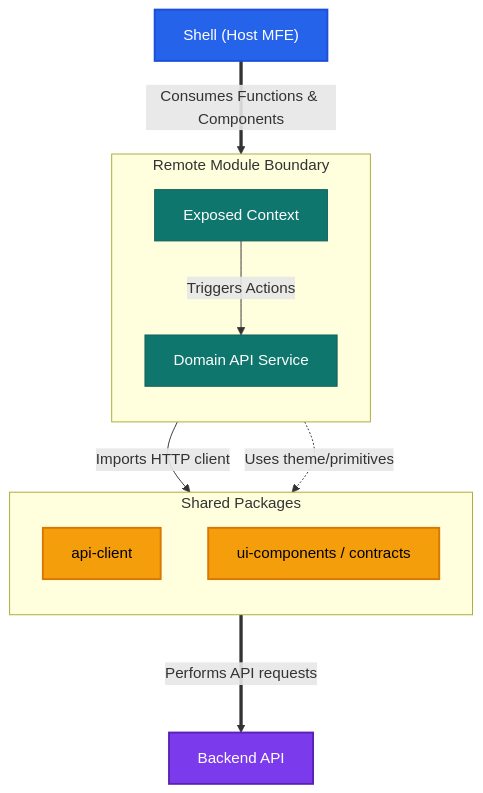
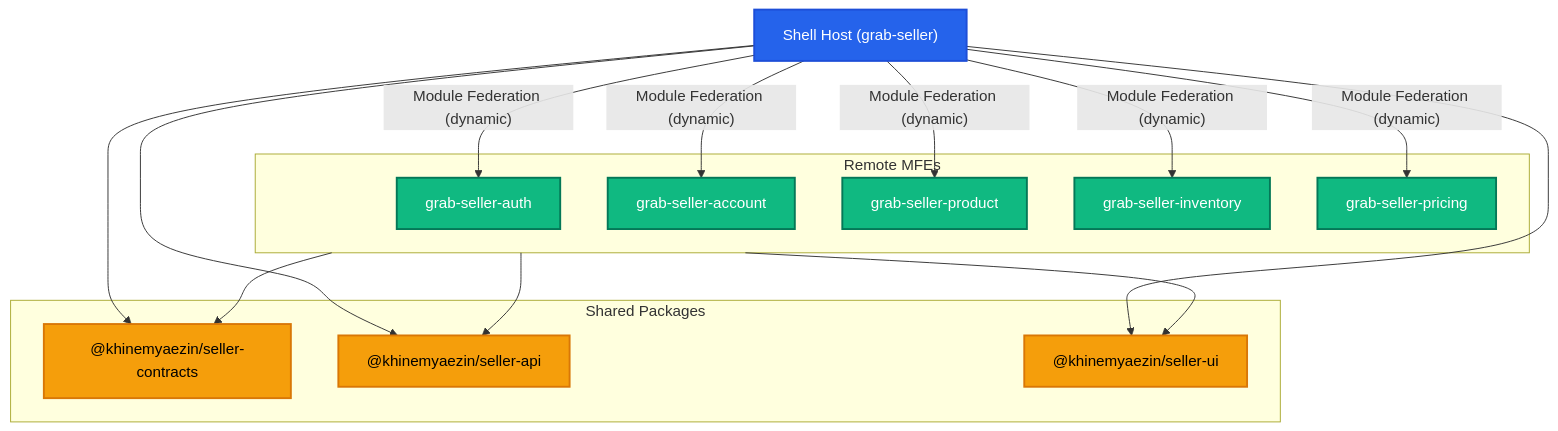
Before and after one commit to khinemyaezin/grab-web: the diagram in docs/Current_System_Architecture.md, drawn with Mermaid. The commit also changed other lines of this file and 115 other files, not shown here.

Commit message:
refactor: restructure micro-frontend workspace with enhanced event streaming and onboarding flows

````diff
--- a/docs/Current_System_Architecture.md
+++ b/docs/Current_System_Architecture.md
@@ -46,31 +36,36 @@
 ```mermaid
-flowchart TB
+flowchart TD
     classDef shell fill:#2563eb,color:#fff,stroke:#1d4ed8,stroke-width:2px;
-    classDef remote fill:#10b981,color:#fff,stroke:#047857,stroke-width:2px,stroke-dasharray: 4;
+    classDef remote fill:#10b981,color:#fff,stroke:#047857,stroke-width:2px;
     classDef shared fill:#f59e0b,color:#000,stroke:#d97706,stroke-width:2px;
-    classDef backend fill:#7c3aed,color:#fff,stroke:#5b21b6,stroke-width:2px;
-    classDef internal fill:#0f766e,color:#fff,stroke:#115e59,stroke-width:1px;
 
-    Shell["Shell (Host MFE)"]:::shell
+    Shell["Shell Host (grab-seller)"]:::shell
 
-    subgraph RemoteBoundary["Remote Module Boundary"]
-        direction TB
-        RE["Exposed Context"]:::internal
-        DS["Domain API Service"]:::internal
-        RE -->|"Triggers Actions"| DS
+    subgraph Remotes["Remote MFEs"]
+        Auth["grab-seller-auth"]:::remote
+        Account["grab-seller-account"]:::remote
+        Product["grab-seller-product"]:::remote
+        Inventory["grab-seller-inventory"]:::remote
+        Pricing["grab-seller-pricing"]:::remote
     end
 
-    subgraph SharedLayer["Shared Packages"]
-        direction TB
-        Client["api-client"]:::shared
-        UI["ui-components / contracts"]:::shared
+    subgraph Shared["Shared Packages"]
+        Contracts["@khinemyaezin/seller-contracts"]:::shared
+        Api["@khinemyaezin/seller-api"]:::shared
+        UI["@khinemyaezin/seller-ui"]:::shared
     end
 
-    Backend["Backend API"]:::backend
+    Shell -->|"Module Federation (dynamic)"| Auth
+    Shell -->|"Module Federation (dynamic)"| Account
+    Shell -->|"Module Federation (dynamic)"| Product
+    Shell -->|"Module Federation (dynamic)"| Inventory
+    Shell -->|"Module Federation (dynamic)"| Pricing
 
-    %% Connections
-    Shell ==>|"Consumes Functions & Components"| RE
-    DS -->|"Imports HTTP client"| Client
-    RE -.->|"Uses theme/primitives"| UI
-    Client ===>|"Performs API requests"| Backend
+    Remotes --> Contracts
+    Remotes --> Api
+    Remotes --> UI
+
+    Shell --> Contracts
+    Shell --> Api
+    Shell --> UI
 ```
````
